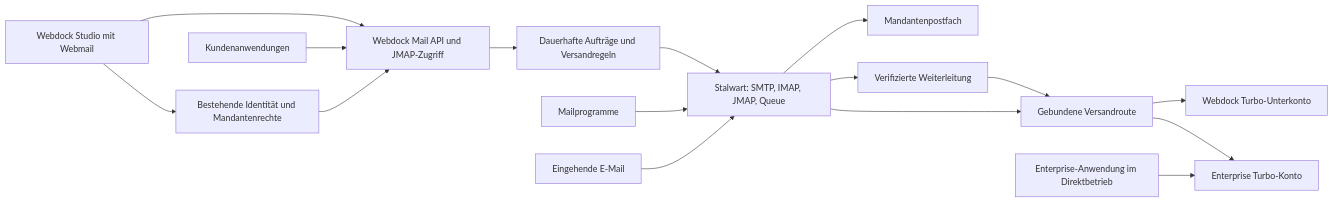
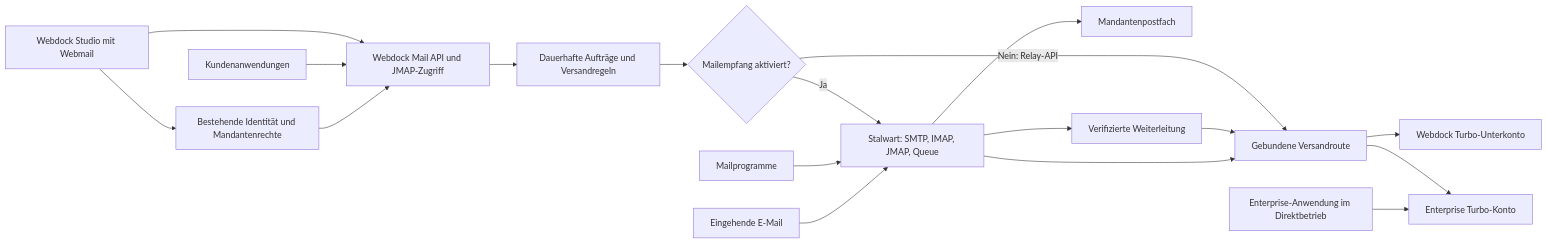
One commit to spitzli/webdock changed the diagram in docs/superpowers/specs/2026-10-10-webdock-mail-design.md. Above: the diagram before and after it, drawn with Mermaid. The commit also changed other lines of this file and 35 other files, not shown here.

````diff
--- a/docs/superpowers/specs/2026-10-10-webdock-mail-design.md
+++ b/docs/superpowers/specs/2026-10-10-webdock-mail-design.md
@@ -85,18 +85,20 @@
 ```mermaid
 flowchart LR
   Studio[Webdock Studio mit Webmail] --> Auth[Bestehende Identität und Mandantenrechte]
   Studio --> Mail[Webdock Mail API und JMAP-Zugriff]
   Apps[Kundenanwendungen] --> Mail
   Auth --> Mail
   Mail --> Jobs[Dauerhafte Aufträge und Versandregeln]
-  Jobs --> Stalwart[Stalwart: SMTP, IMAP, JMAP, Queue]
+  Jobs --> Choice{Mailempfang aktiviert?}
+  Choice -->|Ja| Stalwart[Stalwart: SMTP, IMAP, JMAP, Queue]
+  Choice -->|Nein: Relay-API| Route
   Clients[Mailprogramme] --> Stalwart
   Internet[Eingehende E-Mail] --> Stalwart
   Stalwart --> Inbox[Mandantenpostfach]
   Stalwart --> Forward[Verifizierte Weiterleitung]
   Forward --> Route[Gebundene Versandroute]
   Stalwart --> Route
   Route --> Managed[Webdock Turbo-Unterkonto]
   Route --> BYOK[Enterprise Turbo-Konto]
   Direct[Enterprise-Anwendung im Direktbetrieb] --> BYOK
 ```
````
